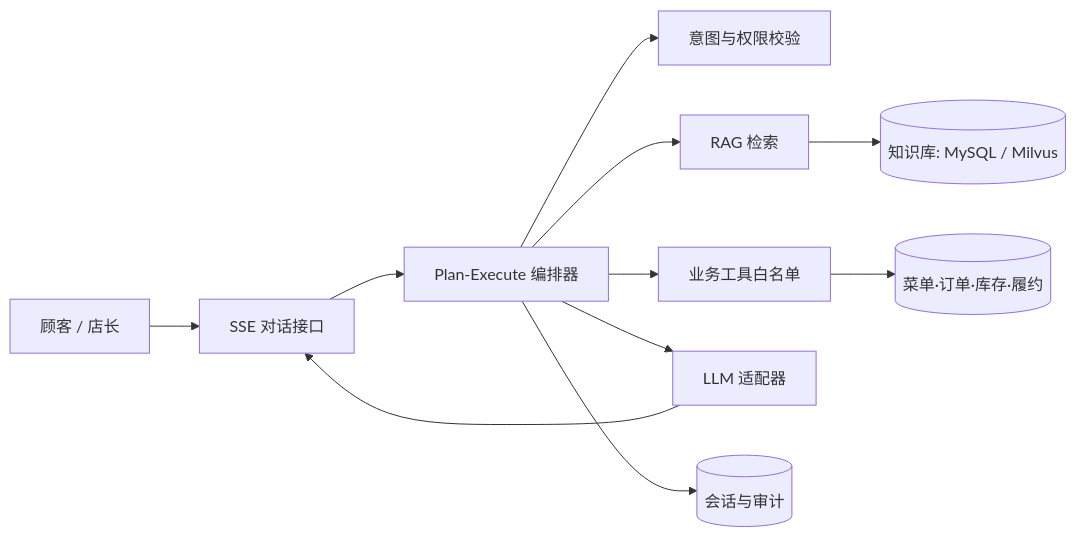
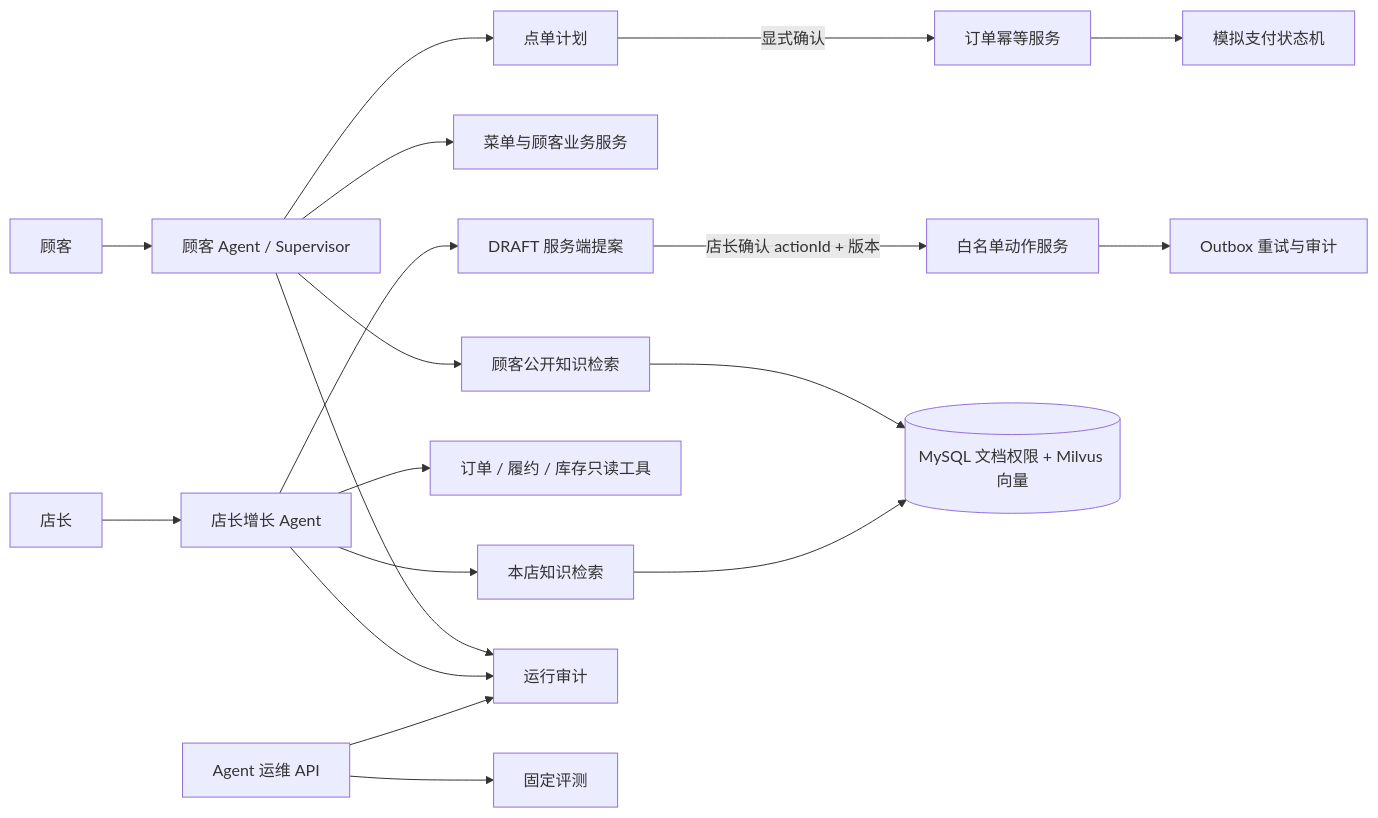
Before and after one commit to Epiphany119/coffee-order: the diagram in AGENT_PLATFORM_DESIGN.md, drawn with Mermaid. The commit also changed other lines of this file and 36 other files, not shown here.

````diff
--- a/AGENT_PLATFORM_DESIGN.md
+++ b/AGENT_PLATFORM_DESIGN.md
@@ -7,13 +9,23 @@
 ```mermaid
 flowchart LR
-  U[顾客 / 店长] --> SSE[SSE 对话接口]
-  SSE --> P[Plan-Execute 编排器]
-  P --> A[意图与权限校验]
-  P --> R[RAG 检索]
-  P --> T[业务工具白名单]
-  R --> K[(知识库: MySQL / Milvus)]
-  T --> D[(菜单·订单·库存·履约)]
-  P --> L[LLM 适配器]
-  L --> SSE
-  P --> M[(会话与审计)]
+  U[顾客] --> CA[顾客 Agent / Supervisor]
+  CA --> CK[顾客公开知识检索]
+  CA --> CM[菜单与顾客业务服务]
+  CA --> CP[点单计划]
+  CP -->|显式确认| O[订单幂等服务]
+  O --> P[模拟支付状态机]
+
+  M[店长] --> MA[店长增长 Agent]
+  MA --> MK[本店知识检索]
+  MA --> MT[订单 / 履约 / 库存只读工具]
+  MA --> D[DRAFT 服务端提案]
+  D -->|店长确认 actionId + 版本| X[白名单动作服务]
+  X --> OB[Outbox 重试与审计]
+
+  CK --> KB[(MySQL 文档权限 + Milvus 向量)]
+  MK --> KB
+  CA --> AU[运行审计]
+  MA --> AU
+  OPS[Agent 运维 API] --> AU
+  OPS --> EV[固定评测]
 ```
````
